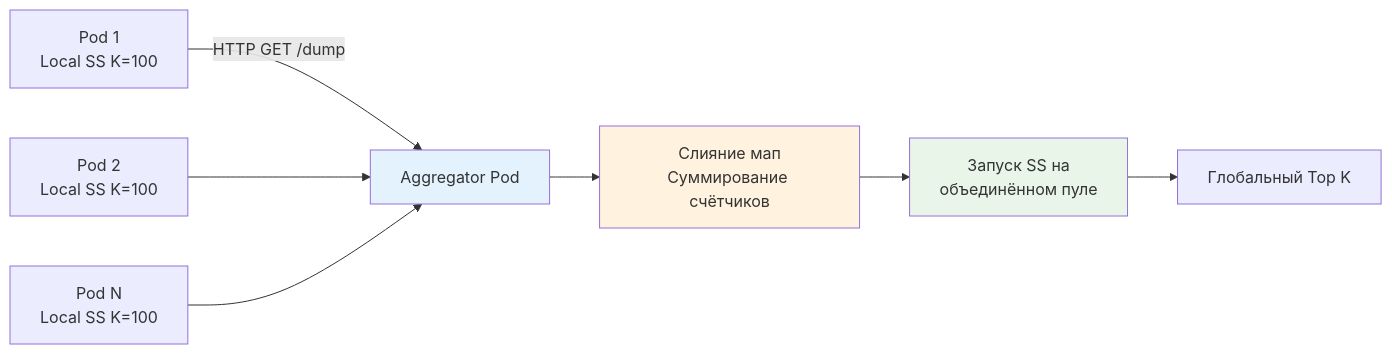
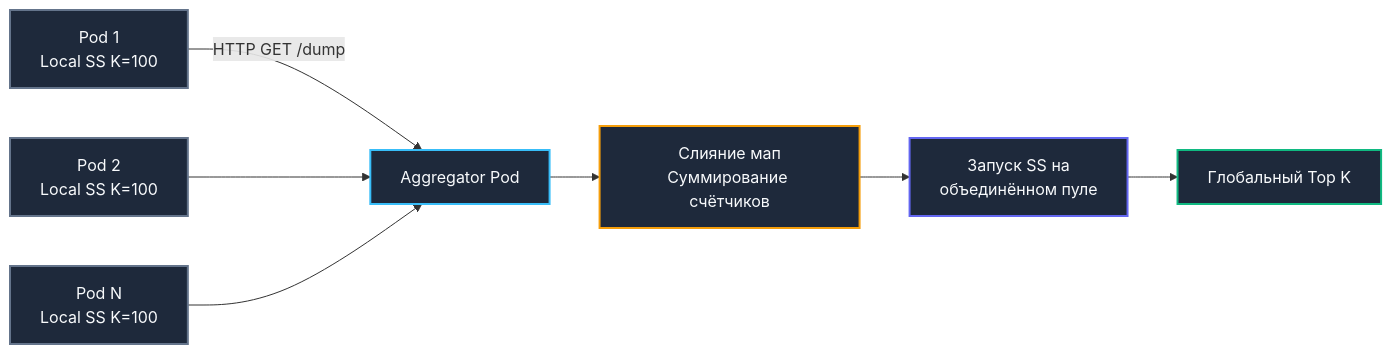
One commit to UnrealTemplier/go-textbook changed the second of 2 diagrams in sources/20. Алгоритмы и структуры данных (DSA) на Go/14. Практические паттерны/4. Top K heavy hitters.md. Above: the diagram before and after it, drawn with Mermaid. The commit also changed other lines of this file, not shown here.

````diff
--- a/sources/20. Алгоритмы и структуры данных (DSA) на Go/14. Практические паттерны/4. Top K heavy hitters.md
+++ b/sources/20. Алгоритмы и структуры данных (DSA) на Go/14. Практические паттерны/4. Top K heavy hitters.md
@@ -221,14 +243,18 @@
 ```mermaid
 flowchart LR
-    Pod1["Pod 1<br>Local SS K=100"] -->|HTTP GET /dump| Agg["Aggregator Pod"]
-    Pod2["Pod 2<br>Local SS K=100"] --> Agg
-    Pod3["Pod N<br>Local SS K=100"] --> Agg
+    Pod1["Pod 1<br/>Local SS K=100"] -->|HTTP GET /dump| Agg["Aggregator Pod"]
+    Pod2["Pod 2<br/>Local SS K=100"] --> Agg
+    Pod3["Pod N<br/>Local SS K=100"] --> Agg
     
-    Agg --> Merge["Слияние мап<br>Суммирование счётчиков"]
-    Merge --> Run["Запуск SS на<br>объединённом пуле"]
+    Agg --> Merge["Слияние мап<br/>Суммирование счётчиков"]
+    Merge --> Run["Запуск SS на<br/>объединённом пуле"]
     Run --> Out["Глобальный Top K"]
 
-    style Agg fill:#e3f2fd
-    style Merge fill:#fff3e0
-    style Run fill:#e8f5e8
+    style Pod1 fill:#1e293b,stroke:#64748b,stroke-width:2px,color:#f8fafc
+    style Pod2 fill:#1e293b,stroke:#64748b,stroke-width:2px,color:#f8fafc
+    style Pod3 fill:#1e293b,stroke:#64748b,stroke-width:2px,color:#f8fafc
+    style Agg fill:#1e293b,stroke:#38bdf8,stroke-width:2px,color:#f8fafc
+    style Merge fill:#1e293b,stroke:#f59e0b,stroke-width:2px,color:#f8fafc
+    style Run fill:#1e293b,stroke:#6366f1,stroke-width:2px,color:#f8fafc
+    style Out fill:#1e293b,stroke:#10b981,stroke-width:2px,color:#f8fafc
 ```
````
